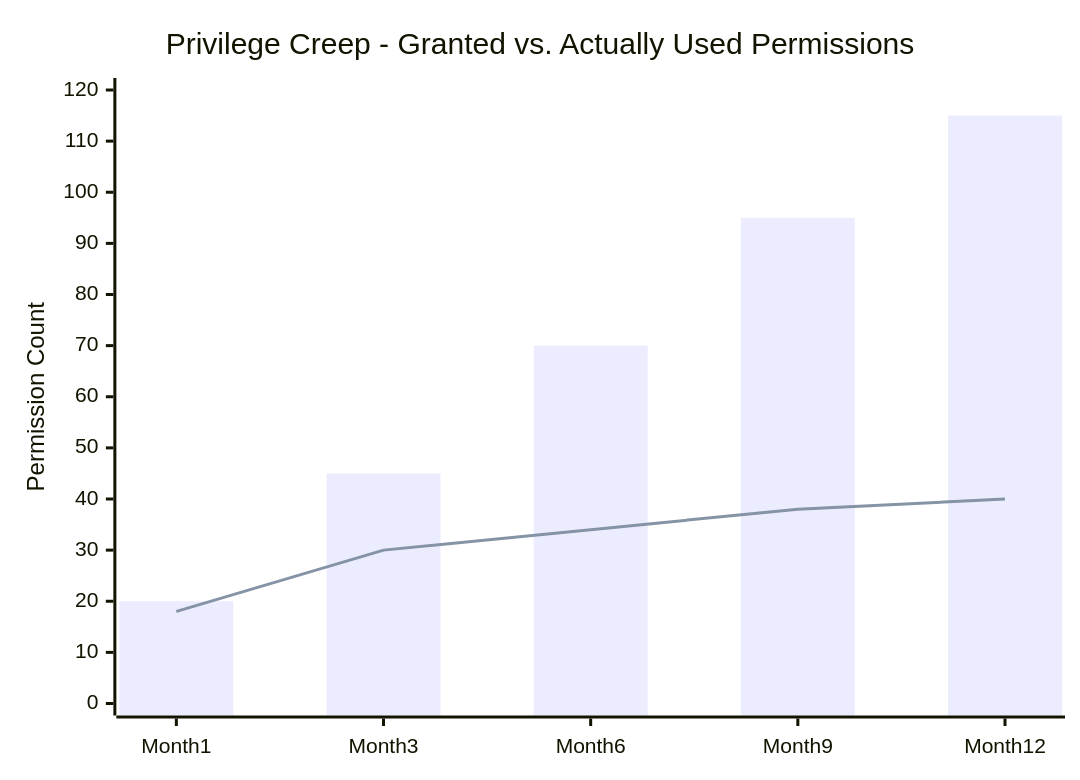
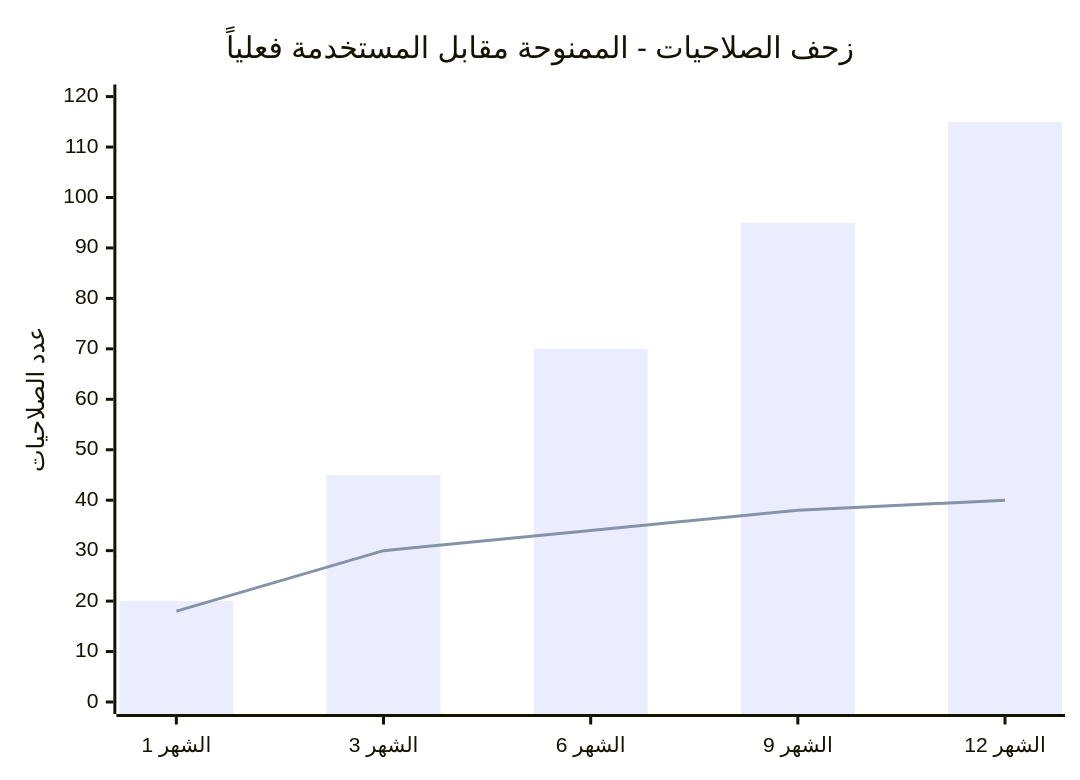
Before and after one commit to ibra-kdbra/banije: the fourth of 8 diagrams in src/content/translate/ar/identity-and-access-in-depth.md, drawn with Mermaid. The commit also changed other lines of this file and 33 other files, not shown here.

````diff
--- a/src/content/translate/ar/identity-and-access-in-depth.md
+++ b/src/content/translate/ar/identity-and-access-in-depth.md
@@ -194,8 +194,8 @@
 ```mermaid
 xychart-beta
-    title "Privilege Creep - Granted vs. Actually Used Permissions"
-    x-axis [Month1, Month3, Month6, Month9, Month12]
-    y-axis "Permission Count" 0 --> 120
+    title "زحف الصلاحيات - الممنوحة مقابل المستخدمة فعلياً"
+    x-axis ["الشهر 1", "الشهر 3", "الشهر 6", "الشهر 9", "الشهر 12"]
+    y-axis "عدد الصلاحيات" 0 --> 120
     bar [20, 45, 70, 95, 115]
     line [18, 30, 34, 38, 40]
 ```
````
